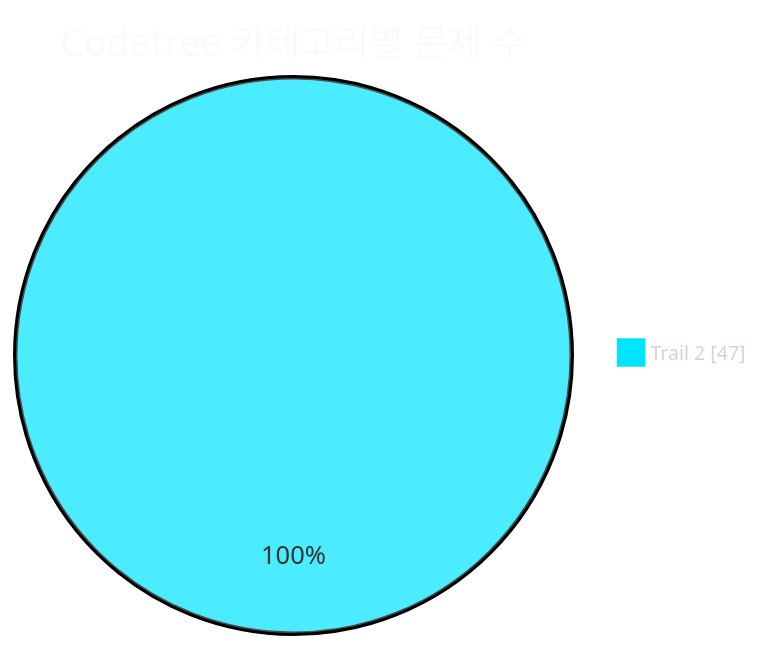
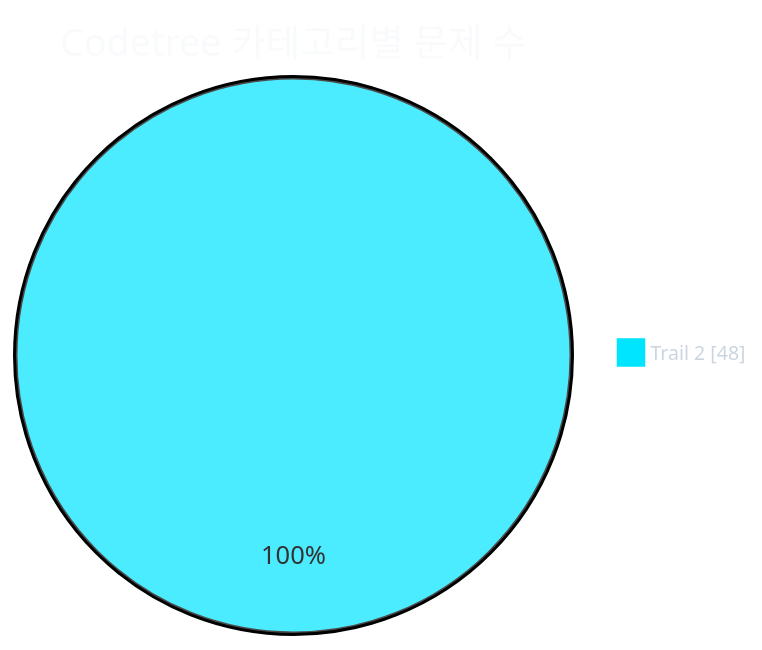
One commit to CHOOSLA/Algorithm changed the first of 2 diagrams in readme.md. Above: the diagram before and after it, drawn with Mermaid. The commit also changed other lines of this file and 2 other files, not shown here.

````diff
--- a/readme.md
+++ b/readme.md
@@ -31,21 +31,21 @@
 ```mermaid
 ---
 config:
   theme: base
   themeVariables:
     background: '#0d1117'
     pieTitleTextColor: '#f8fafc'
     pieLegendTextColor: '#cbd5e1'
     pieLegendTextSize: '13px'
     pie1: '#00e5ff'
     pie2: '#22c55e'
     pie3: '#f59e0b'
     pie4: '#a855f7'
     pie5: '#ec4899'
     pie6: '#3b82f6'
     pie7: '#64748b'
 ---
 pie showData
   title Codetree 카테고리별 문제 수
-  "Trail 2" : 47
+  "Trail 2" : 48
 ```
````
